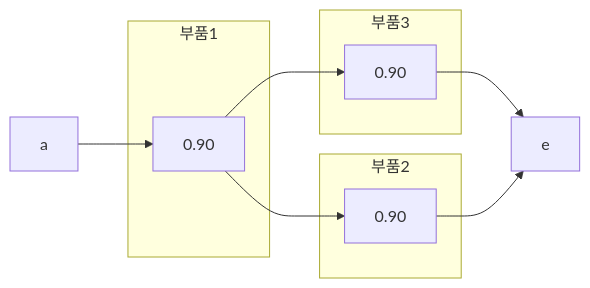
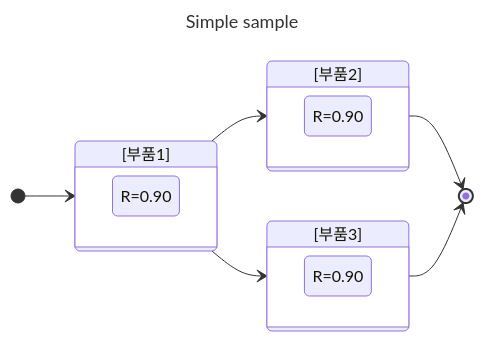
One commit to worksfree/rpa_profile changed the second of 2 diagrams in mgt/기출문제.md. Above: the diagram before and after it, drawn with Mermaid. The commit also changed other lines of this file, not shown here.

````diff
--- a/mgt/기출문제.md
+++ b/mgt/기출문제.md
@@ -201,18 +207,24 @@
 ```mermaid
-flowchart LR
-    a
-    subgraph 부품1
-    b[0.90]
-    end
-    subgraph 부품2
-    c[0.90]
-    end
-    subgraph 부품3
-    d[0.90]
-    end
-    a --> b
-    b --> c
-    b --> d
-    d --> e
-    c --> e
+---
+title: Simple sample
+---
+stateDiagram
+    direction LR
+    [*] --> [부품1]
+    state [부품1] {
+      direction LR
+      a : R=0.90
+    }
+    state [부품2] {
+      direction LR
+      b: R=0.90
+    }
+    state [부품3] {
+      direction LR
+      c: R=0.90
+    }
+    [부품1] --> [부품2]
+    [부품1] --> [부품3]
+    [부품2] --> [*]
+    [부품3] --> [*]
 ```
````
